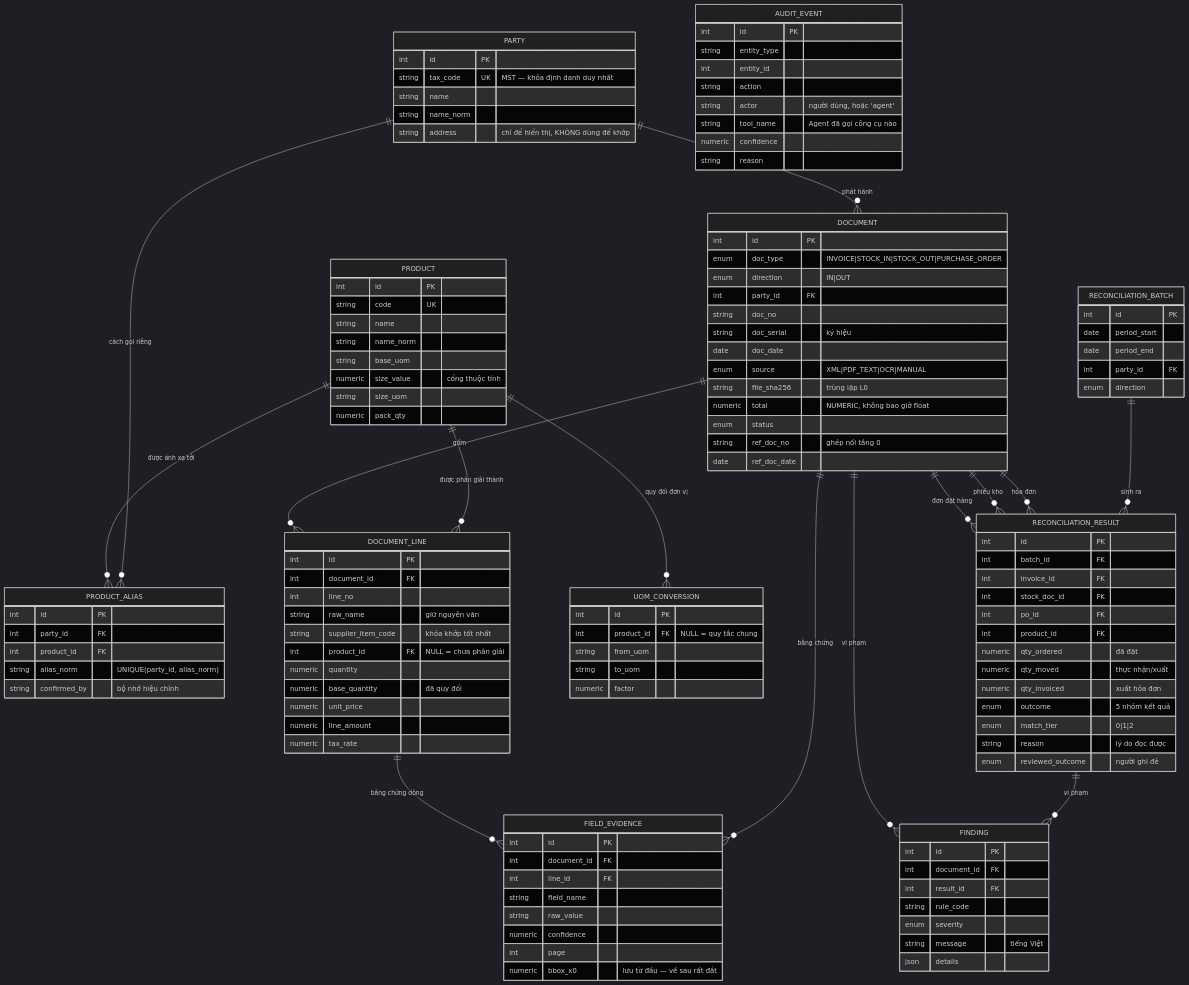
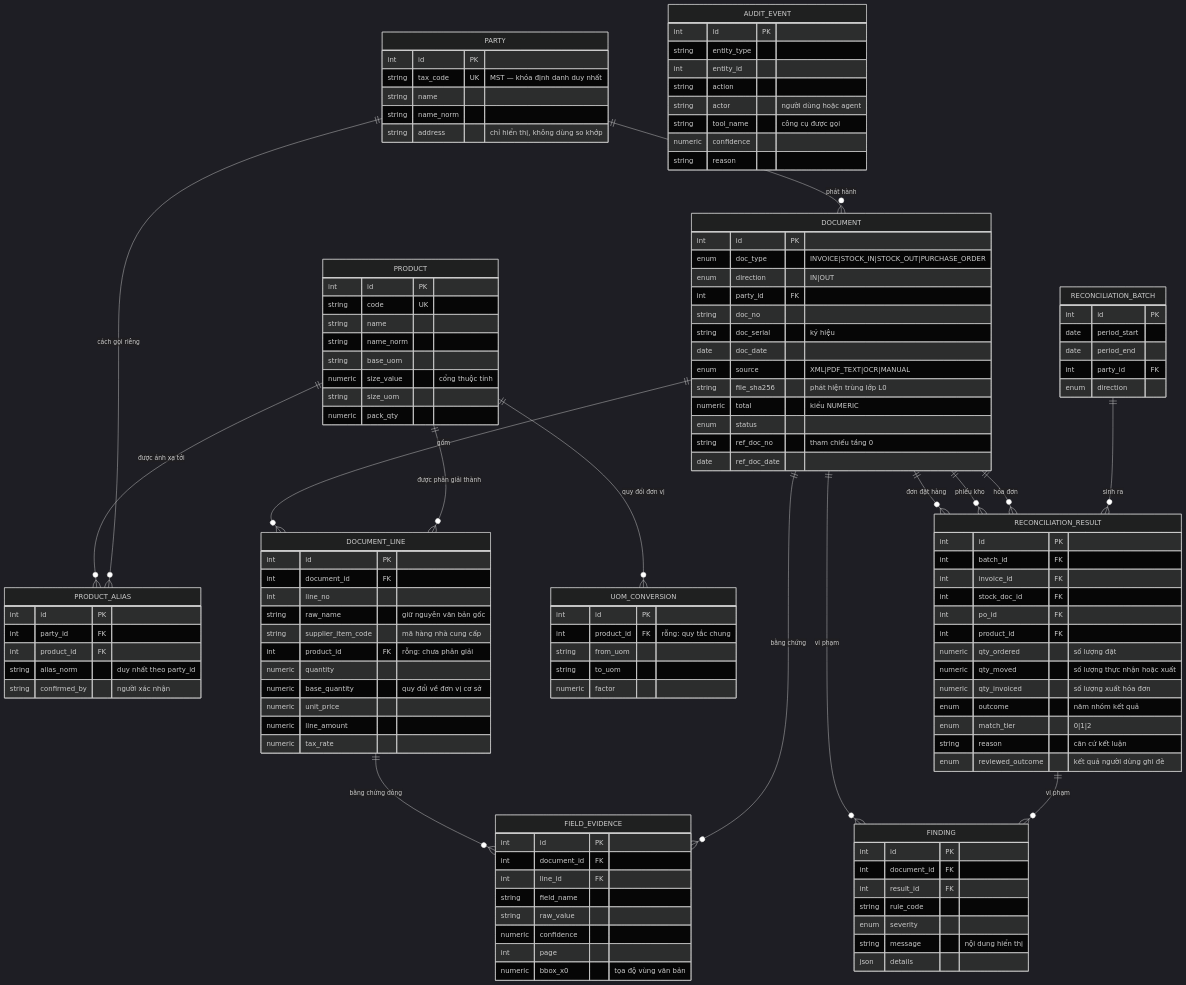
Before and after one commit to tamir39/reconia: the diagram in docs/ERD.md, drawn with Mermaid (dark theme). The commit also changed other lines of this file and 10 other files, not shown here.

```diff
--- a/docs/ERD.md
+++ b/docs/ERD.md
@@ -26,7 +29,7 @@
         string tax_code UK "MST — khóa định danh duy nhất"
         string name
         string name_norm
-        string address "chỉ để hiển thị, KHÔNG dùng để khớp"
+        string address "chỉ hiển thị, không dùng so khớp"
     }
     PRODUCT {
         int id PK
@@ -42,12 +45,12 @@
         int id PK
         int party_id FK
         int product_id FK
-        string alias_norm "UNIQUE(party_id, alias_norm)"
-        string confirmed_by "bộ nhớ hiệu chỉnh"
+        string alias_norm "duy nhất theo party_id"
+        string confirmed_by "người xác nhận"
     }
     UOM_CONVERSION {
         int id PK
-        int product_id FK "NULL = quy tắc chung"
+        int product_id FK "rỗng: quy tắc chung"
         string from_uom
         string to_uom
         numeric factor
@@ -61,21 +64,21 @@
         string doc_serial "ký hiệu"
         date doc_date
         enum source "XML|PDF_TEXT|OCR|MANUAL"
-        string file_sha256 "trùng lặp L0"
-        numeric total "NUMERIC, không bao giờ float"
+        string file_sha256 "phát hiện trùng lớp L0"
+        numeric total "kiểu NUMERIC"
         enum status
-        string ref_doc_no "ghép nối tầng 0"
+        string ref_doc_no "tham chiếu tầng 0"
         date ref_doc_date
     }
     DOCUMENT_LINE {
         int id PK
         int document_id FK
         int line_no
-        string raw_name "giữ nguyên văn"
-        string supplier_item_code "khóa khớp tốt nhất"
-        int product_id FK "NULL = chưa phân giải"
+        string raw_name "giữ nguyên văn bản gốc"
+        string supplier_item_code "mã hàng nhà cung cấp"
+        int product_id FK "rỗng: chưa phân giải"
         numeric quantity
-        numeric base_quantity "đã quy đổi"
+        numeric base_quantity "quy đổi về đơn vị cơ sở"
         numeric unit_price
         numeric line_amount
         numeric tax_rate
@@ -88,7 +91,7 @@
         string raw_value
         numeric confidence
         int page
-        numeric bbox_x0 "lưu từ đầu — về sau rất đắt"
+        numeric bbox_x0 "tọa độ vùng văn bản"
     }
     RECONCILIATION_BATCH {
         int id PK
@@ -104,13 +107,13 @@
         int stock_doc_id FK
         int po_id FK
         int product_id FK
-        numeric qty_ordered "đã đặt"
-        numeric qty_moved "thực nhận/xuất"
-        numeric qty_invoiced "xuất hóa đơn"
-        enum outcome "5 nhóm kết quả"
+        numeric qty_ordered "số lượng đặt"
+        numeric qty_moved "số lượng thực nhận hoặc xuất"
+        numeric qty_invoiced "số lượng xuất hóa đơn"
+        enum outcome "năm nhóm kết quả"
         enum match_tier "0|1|2"
-        string reason "lý do đọc được"
-        enum reviewed_outcome "người ghi đè"
+        string reason "căn cứ kết luận"
+        enum reviewed_outcome "kết quả người dùng ghi đè"
     }
     FINDING {
         int id PK
@@ -118,7 +121,7 @@
         int result_id FK
         string rule_code
         enum severity
-        string message "tiếng Việt"
+        string message "nội dung hiển thị"
         json details
     }
     AUDIT_EVENT {
@@ -126,8 +129,8 @@
         string entity_type
         int entity_id
         string action
-        string actor "người dùng, hoặc 'agent'"
-        string tool_name "Agent đã gọi công cụ nào"
+        string actor "người dùng hoặc agent"
+        string tool_name "công cụ được gọi"
         numeric confidence
         string reason
     }
```
